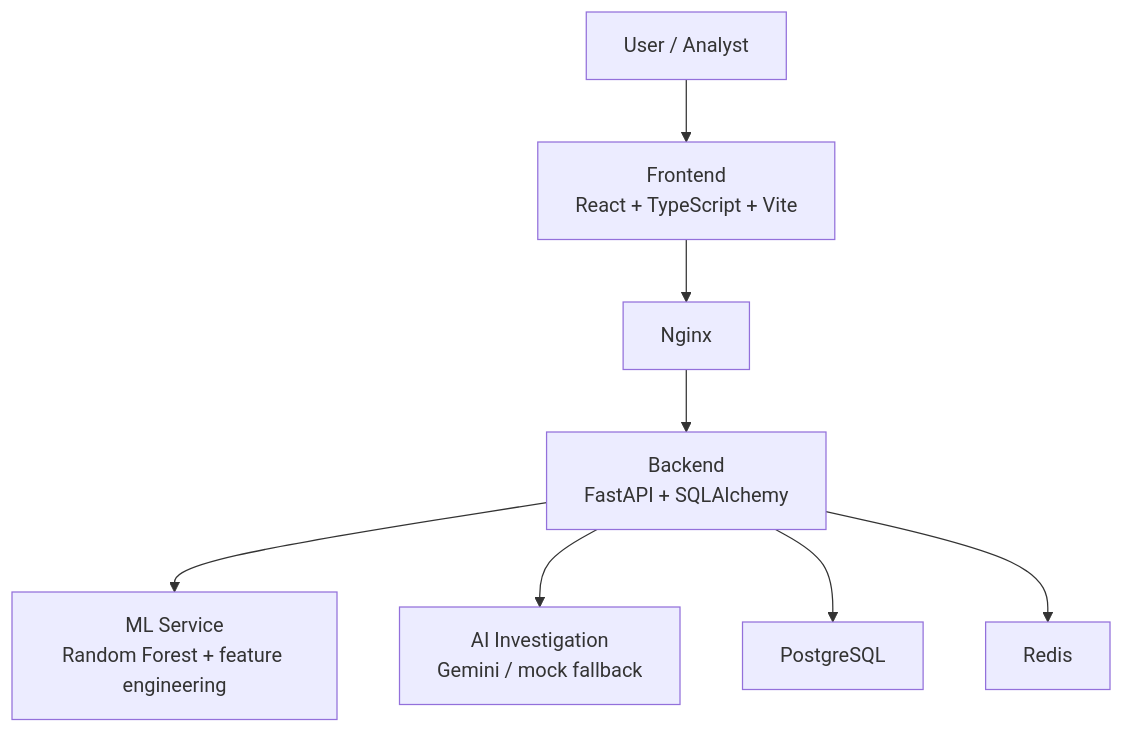
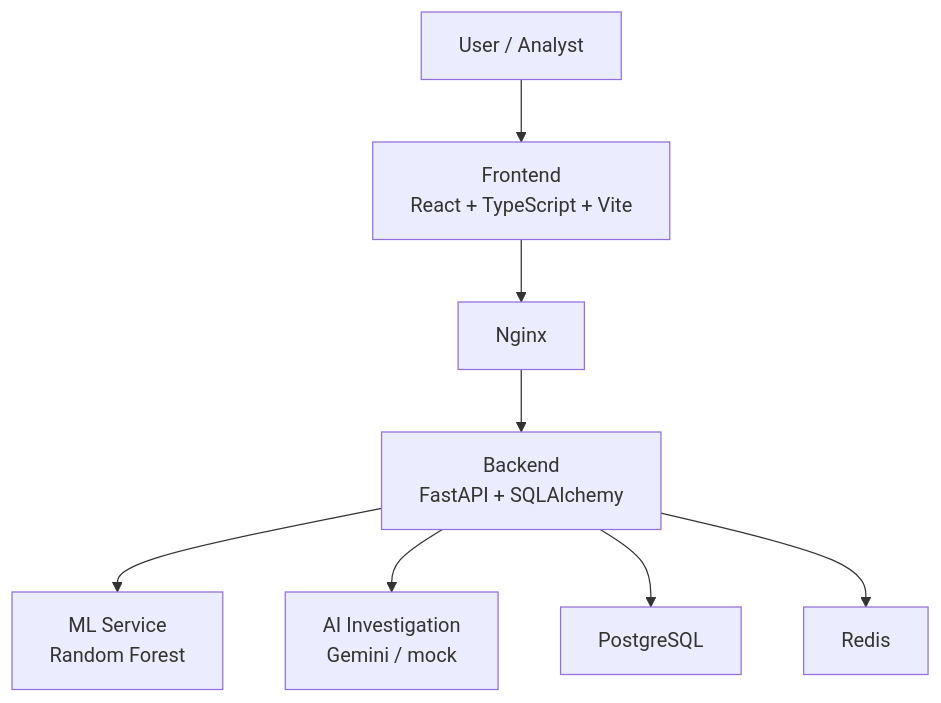
Before and after one commit to sairajnaikwade/razorguard: the diagram in README.md, drawn with Mermaid. The commit also changed other lines of this file and 2 other files, not shown here.

````diff
--- a/README.md
+++ b/README.md
@@ -72,19 +82,19 @@
 ```mermaid
 graph TB
     U[User / Analyst]
-    F[Frontend\nReact + TypeScript + Vite]
+    F[Frontend<br/>React + TypeScript + Vite]
     N[Nginx]
-    B[Backend\nFastAPI + SQLAlchemy]
-    M[ML Service\nRandom Forest + feature engineering]
-    A[AI Investigation\nGemini / mock fallback]
+    B[Backend<br/>FastAPI + SQLAlchemy]
+    M[ML Service<br/>Random Forest]
+    A[AI Investigation<br/>Gemini / mock]
     P[PostgreSQL]
     R[Redis]
 
     U --> F
     F --> N
     N --> B
     B --> M
     B --> A
     B --> P
     B --> R
 ```
````
